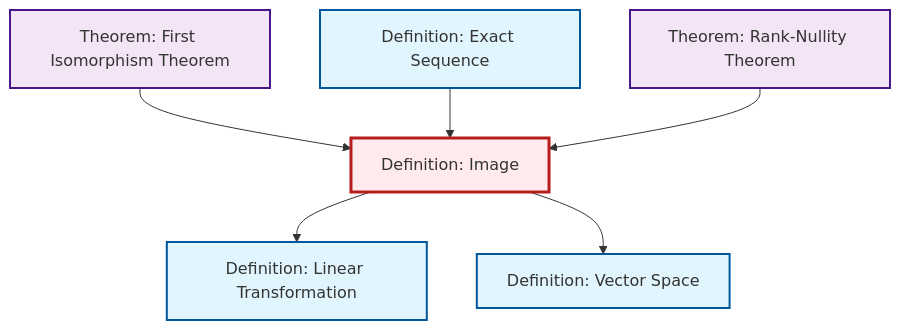
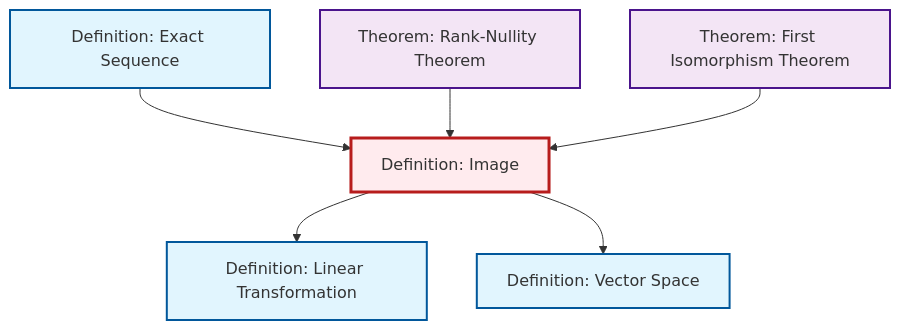
The diagram in content/en/algebra/def-image.qmd (RK0429/ModernMath), drawn with Mermaid before and after one commit. The commit also changed other lines of this file and 1012 other files, not shown here.

````diff
--- a/content/en/algebra/def-image.qmd
+++ b/content/en/algebra/def-image.qmd
@@ -51,26 +51,26 @@
 ```{mermaid}
 %%| fig-cap: "Local dependency graph"
 graph TD
     classDef definition fill:#e1f5fe,stroke:#01579b,stroke-width:2px
     classDef theorem fill:#f3e5f5,stroke:#4a148c,stroke-width:2px
     classDef axiom fill:#fff3e0,stroke:#e65100,stroke-width:2px
     classDef example fill:#e8f5e9,stroke:#1b5e20,stroke-width:2px
     classDef current fill:#ffebee,stroke:#b71c1c,stroke-width:3px
+    def-vector-space["Definition: Vector Space"]:::definition
+    def-linear-transformation["Definition: Linear Transformation"]:::definition
+    thm-rank-nullity["Theorem: Rank-Nullity Theorem"]:::theorem
     def-image["Definition: Image"]:::definition
-    def-linear-transformation["Definition: Linear Transformation"]:::definition
-    def-vector-space["Definition: Vector Space"]:::definition
     def-exact-sequence["Definition: Exact Sequence"]:::definition
     thm-first-isomorphism["Theorem: First Isomorphism Theorem"]:::theorem
-    thm-rank-nullity["Theorem: Rank-Nullity Theorem"]:::theorem
     def-image --> def-linear-transformation
+    def-exact-sequence --> def-image
     def-image --> def-vector-space
+    thm-rank-nullity --> def-image
     thm-first-isomorphism --> def-image
-    def-exact-sequence --> def-image
-    thm-rank-nullity --> def-image
     class def-image current
+    click def-vector-space "def-vector-space.html" "Go to Vector Space definition"
     click def-linear-transformation "def-linear-transformation.html" "Go to Linear Transformation definition"
-    click def-vector-space "def-vector-space.html" "Go to Vector Space definition"
+    click thm-rank-nullity "thm-rank-nullity.html" "Go to Rank-Nullity Theorem theorem"
     click def-exact-sequence "def-exact-sequence.html" "Go to Exact Sequence definition"
     click thm-first-isomorphism "thm-first-isomorphism.html" "Go to First Isomorphism Theorem theorem"
-    click thm-rank-nullity "thm-rank-nullity.html" "Go to Rank-Nullity Theorem theorem"
 ```
````
